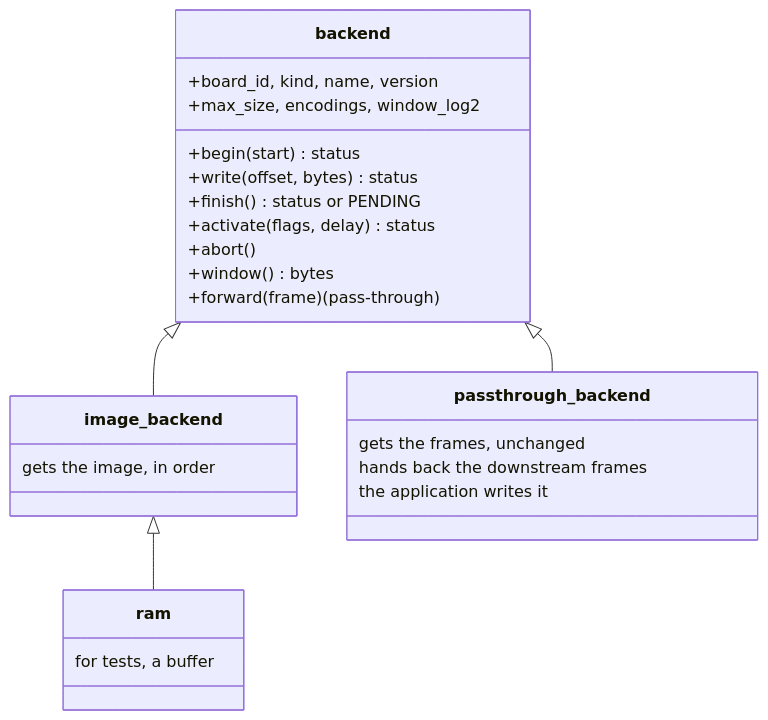
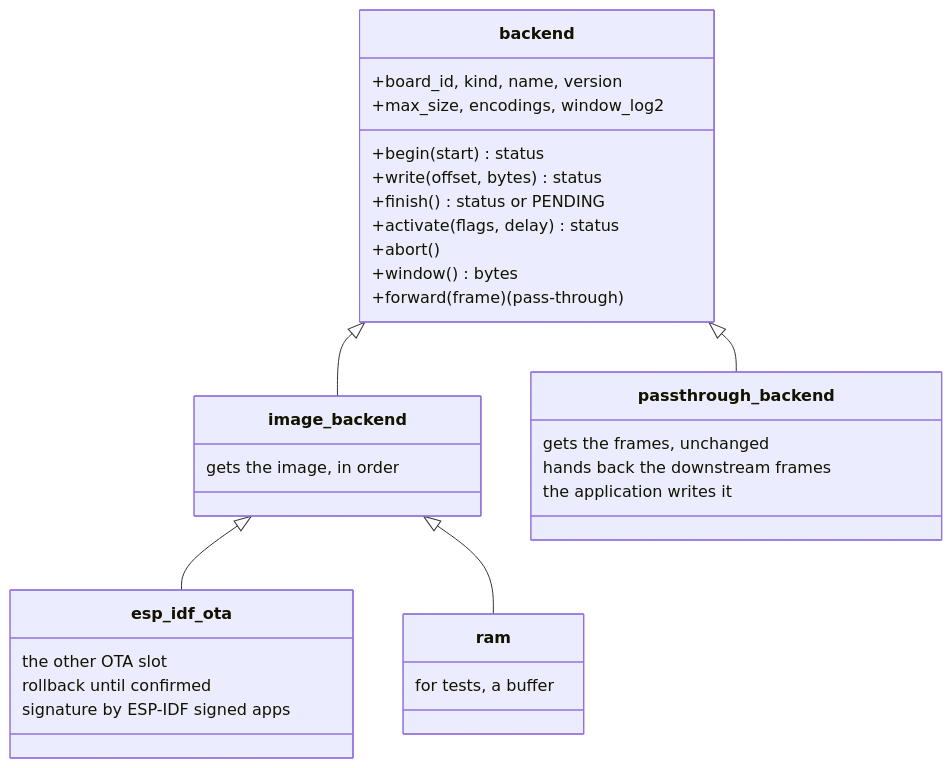
Diagram 11 of 15 in DESIGN.md (fvsolutions-dev/dfukit), drawn with Mermaid before and after one commit. The commit also changed other lines of this file and 6 other files, not shown here.

Commit message:
add esp-idf ota

````diff
--- a/DESIGN.md
+++ b/DESIGN.md
@@ -383,28 +383,34 @@
 ```mermaid
 classDiagram
     class backend {
         +board_id, kind, name, version
         +max_size, encodings, window_log2
         +begin(start) status
         +write(offset, bytes) status
         +finish() status or PENDING
         +activate(flags, delay) status
         +abort()
         +window() bytes
         +forward(frame) (pass-through)
     }
     class image_backend {
         gets the image, in order
     }
     class passthrough_backend {
         gets the frames, unchanged
         hands back the downstream frames
         the application writes it
     }
+    class esp_idf_ota {
+        the other OTA slot
+        rollback until confirmed
+        signature by ESP-IDF signed apps
+    }
     class ram {
         for tests, a buffer
     }
     backend <|-- image_backend
     backend <|-- passthrough_backend
+    image_backend <|-- esp_idf_ota
     image_backend <|-- ram
 ```
````
